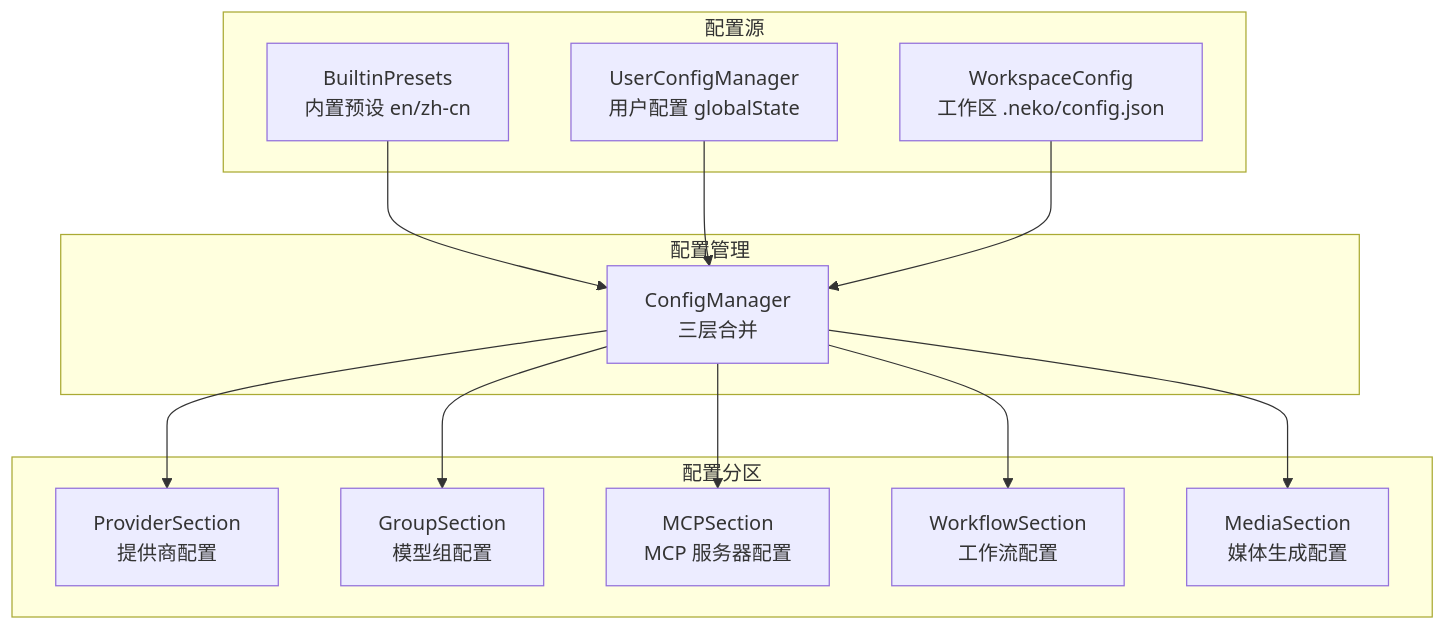
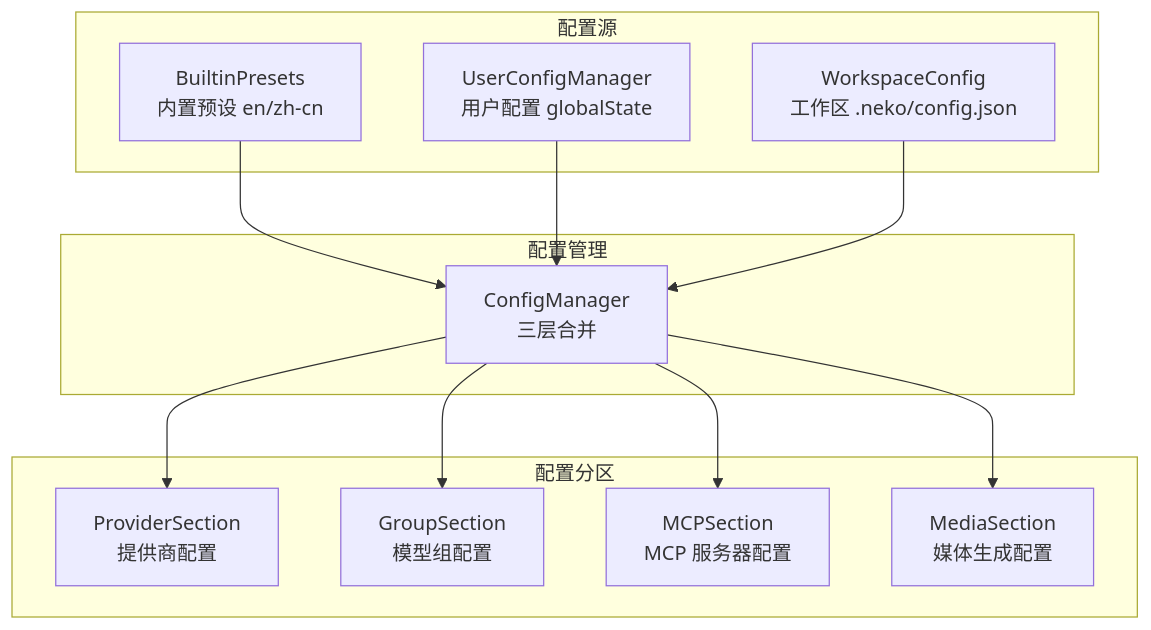
One commit to OpenNekoPaw/neko-suite changed the diagram in packages/neko-agent/packages/platform/src/config/README.md. Above: the diagram before and after it, drawn with Mermaid. The commit also changed other lines of this file and 40 other files, not shown here.

````diff
--- a/packages/neko-agent/packages/platform/src/config/README.md
+++ b/packages/neko-agent/packages/platform/src/config/README.md
@@ -7,30 +7,28 @@
 ```mermaid
 graph TB
     subgraph "配置源"
         Builtin[BuiltinPresets<br/>内置预设 en/zh-cn]
         User[UserConfigManager<br/>用户配置 globalState]
         Workspace[WorkspaceConfig<br/>工作区 .neko/config.json]
     end
 
     subgraph "配置分区"
         Provider[ProviderSection<br/>提供商配置]
         Group[GroupSection<br/>模型组配置]
         MCP[MCPSection<br/>MCP 服务器配置]
-        Workflow[WorkflowSection<br/>工作流配置]
         Media[MediaSection<br/>媒体生成配置]
     end
 
     subgraph "配置管理"
         Manager[ConfigManager<br/>三层合并]
     end
 
     Builtin --> Manager
     User --> Manager
     Workspace --> Manager
 
     Manager --> Provider
     Manager --> Group
     Manager --> MCP
-    Manager --> Workflow
     Manager --> Media
 ```
````
